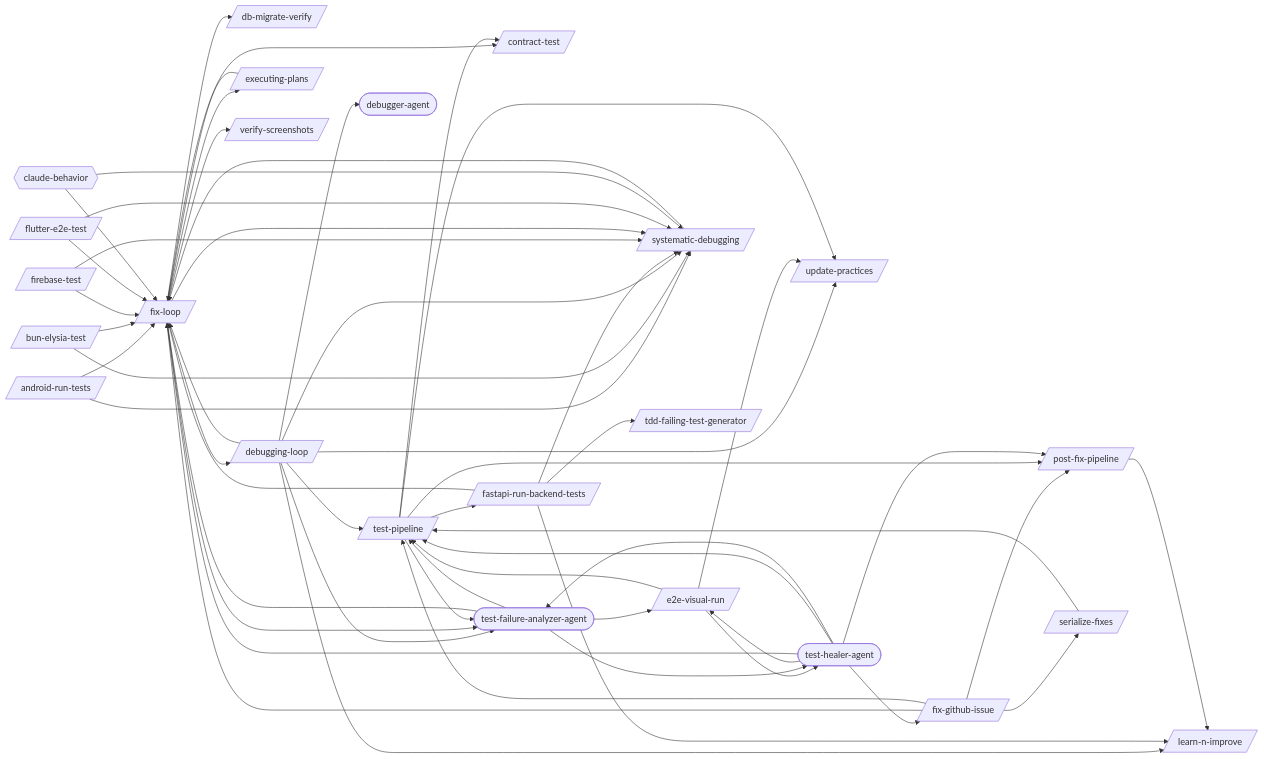
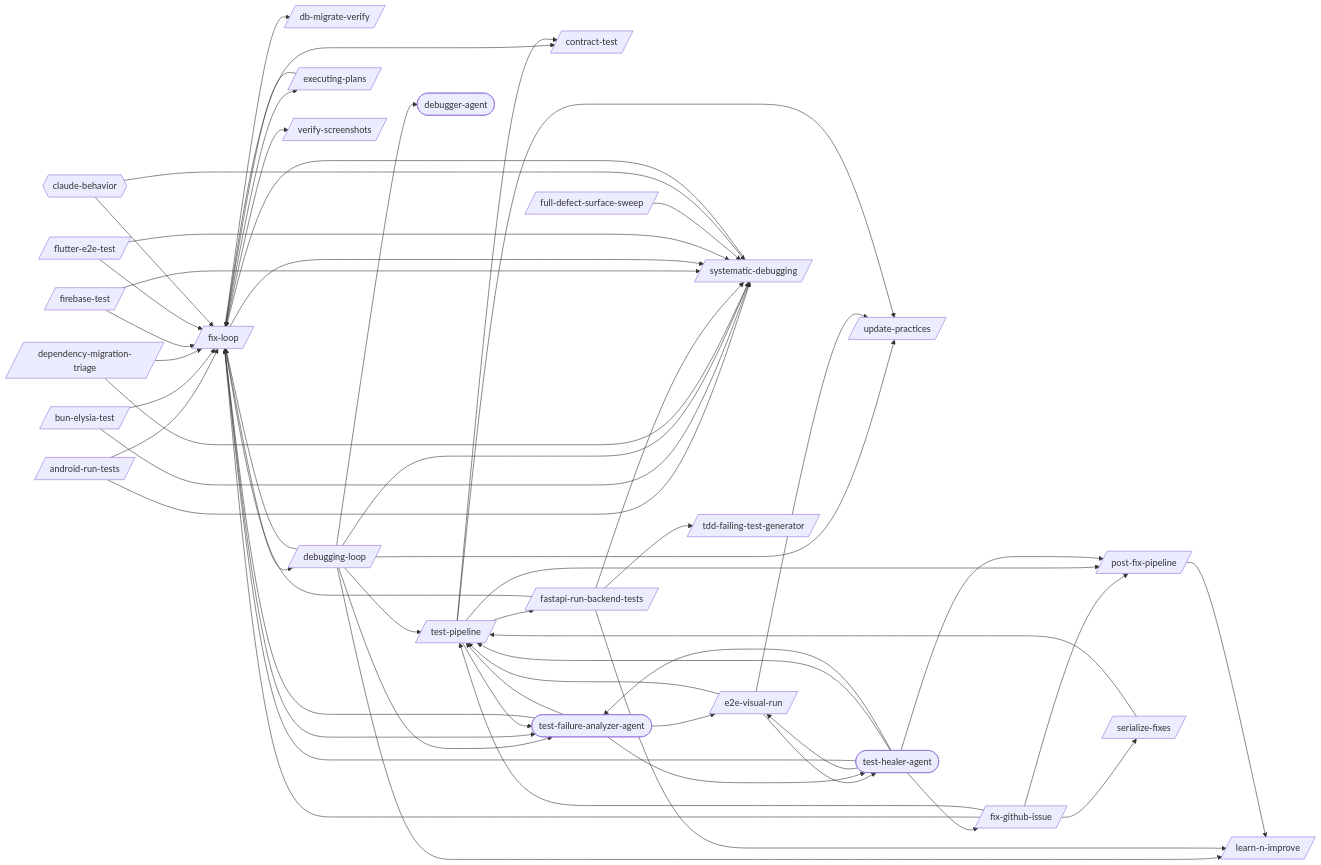
Before and after one commit to abhayla/claude-best-practices: the first of 26 diagrams in docs/workflows/debugging-loop.md, drawn with Mermaid. The commit also changed other lines of this file and 14 other files, not shown here.

```diff
--- a/docs/workflows/debugging-loop.md
+++ b/docs/workflows/debugging-loop.md
@@ -13,6 +13,7 @@
     contract_test[/contract-test/]
     db_migrate_verify[/db-migrate-verify/]
     debugging_loop[/debugging-loop/]
+    dependency_migration_triage[/dependency-migration-triage/]
     e2e_visual_run[/e2e-visual-run/]
     executing_plans[/executing-plans/]
     fastapi_run_backend_tests[/fastapi-run-backend-tests/]
@@ -20,6 +21,7 @@
     fix_github_issue[/fix-github-issue/]
     fix_loop[/fix-loop/]
     flutter_e2e_test[/flutter-e2e-test/]
+    full_defect_surface_sweep[/full-defect-surface-sweep/]
     learn_n_improve[/learn-n-improve/]
     post_fix_pipeline[/post-fix-pipeline/]
     serialize_fixes[/serialize-fixes/]
@@ -43,6 +45,8 @@
     debugging_loop --> update_practices
     debugging_loop --> debugger_agent
     debugging_loop --> test_failure_analyzer_agent
+    dependency_migration_triage --> fix_loop
+    dependency_migration_triage --> systematic_debugging
     e2e_visual_run --> test_pipeline
     e2e_visual_run --> update_practices
     e2e_visual_run --> test_healer_agent
@@ -66,6 +70,7 @@
     fix_loop --> test_failure_analyzer_agent
     flutter_e2e_test --> fix_loop
     flutter_e2e_test --> systematic_debugging
+    full_defect_surface_sweep --> systematic_debugging
     post_fix_pipeline --> learn_n_improve
     serialize_fixes --> test_pipeline
     systematic_debugging --> fix_loop
```
